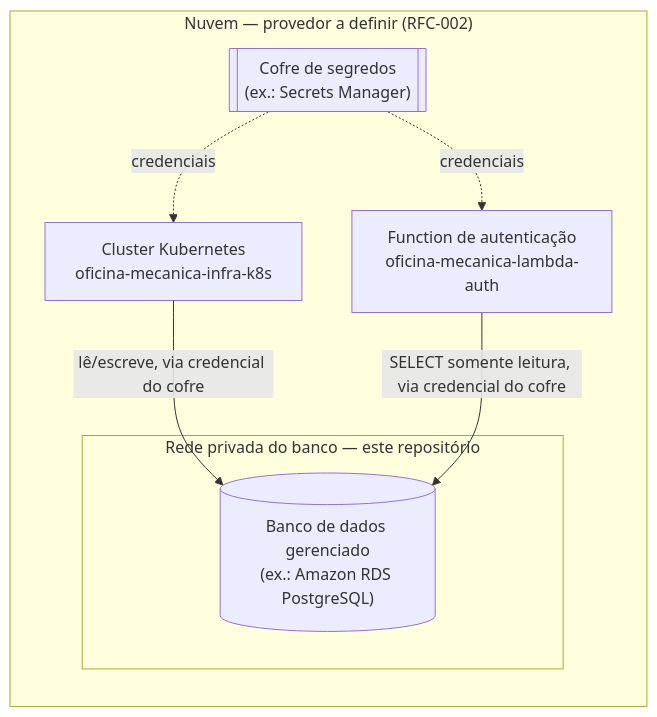
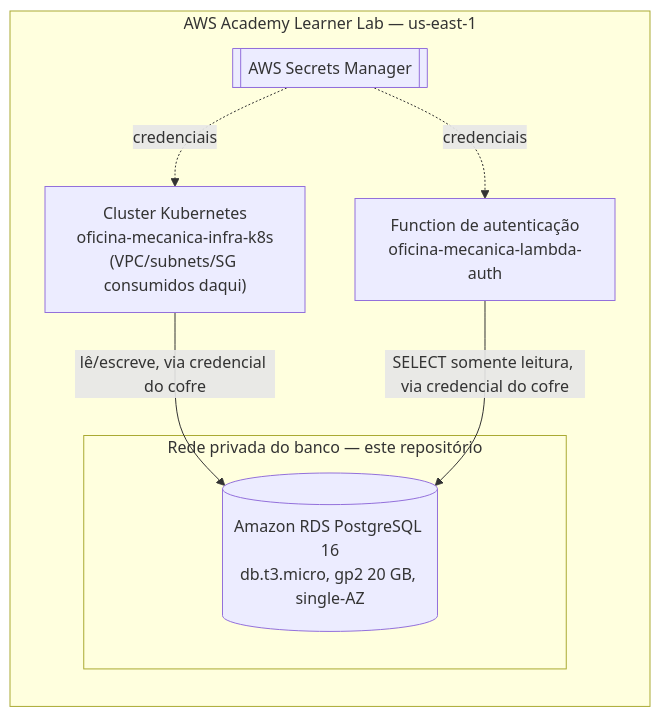
Before and after one commit to gabrielMauad/oficina-mecanica-infra-db: the diagram in README.md, drawn with Mermaid. The commit also changed other lines of this file and 9 other files, not shown here.

````diff
--- a/README.md
+++ b/README.md
@@ -46,15 +46,15 @@
 ```mermaid
 flowchart LR
-    subgraph Nuvem["Nuvem — provedor a definir (RFC-002)"]
-        K8S["Cluster Kubernetes<br/>oficina-mecanica-infra-k8s"]
+    subgraph Nuvem["AWS Academy Learner Lab — us-east-1"]
+        K8S["Cluster Kubernetes<br/>oficina-mecanica-infra-k8s<br/>(VPC/subnets/SG consumidos daqui)"]
         LAMBDA["Function de autenticação<br/>oficina-mecanica-lambda-auth"]
         subgraph DBNET["Rede privada do banco — este repositório"]
-            DB[("Banco de dados gerenciado<br/>(ex.: Amazon RDS PostgreSQL)")]
+            DB[("Amazon RDS PostgreSQL 16<br/>db.t3.micro, gp2 20 GB, single-AZ")]
         end
-        SECRETS[["Cofre de segredos<br/>(ex.: Secrets Manager)"]]
+        SECRETS[["AWS Secrets Manager"]]
     end
     K8S -->|lê/escreve, via credencial do cofre| DB
     LAMBDA -->|SELECT somente leitura, via credencial do cofre| DB
     SECRETS -.credenciais.-> K8S
     SECRETS -.credenciais.-> LAMBDA
 ```
````
